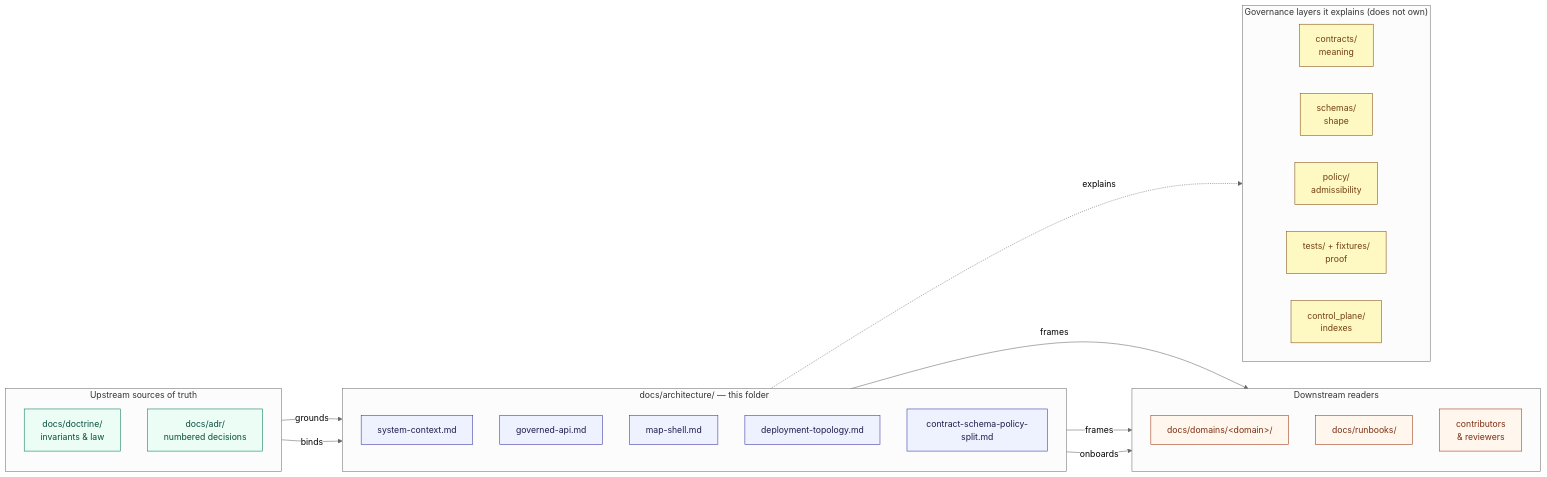
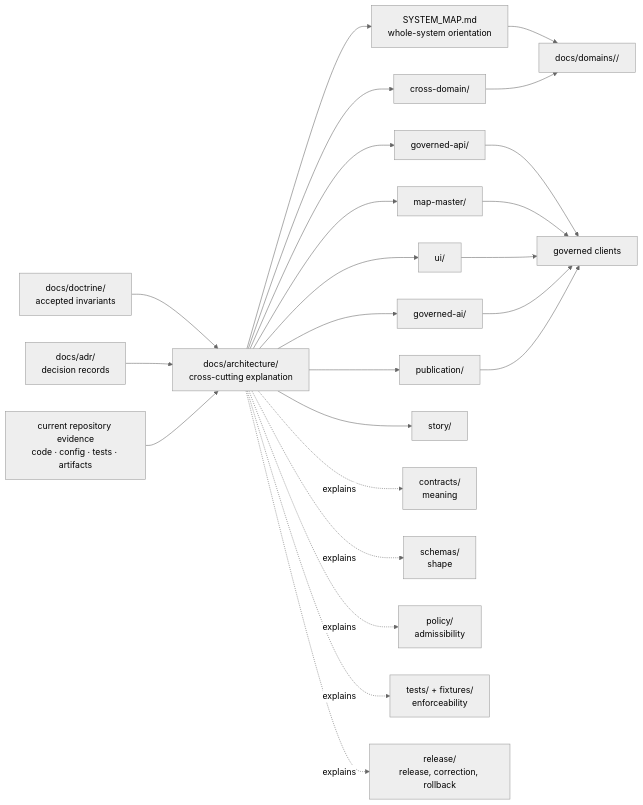
Before and after one commit to bartytime4life/Kansas-Frontier-Matrix: the diagram in docs/architecture/README.md, drawn with Mermaid (neutral theme). The commit also changed other lines of this file, not shown here.

Commit message:
docs(architecture): modernize root navigation for convergence wave 1

````diff
--- a/docs/architecture/README.md
+++ b/docs/architecture/README.md
@@ -189,49 +236,29 @@
 ```mermaid
 flowchart LR
-  subgraph upstream["Upstream sources of truth"]
-    direction TB
-    doctrine["docs/doctrine/<br/>invariants & law"]
-    adr["docs/adr/<br/>numbered decisions"]
-  end
+  D["docs/doctrine/<br/>accepted invariants"] --> A["docs/architecture/<br/>cross-cutting explanation"]
+  R["docs/adr/<br/>decision records"] --> A
+  E["current repository evidence<br/>code · config · tests · artifacts"] --> A
 
-  subgraph here["docs/architecture/ — this folder"]
-    direction TB
-    sc["system-context.md"]
-    gapi["governed-api.md"]
-    msh["map-shell.md"]
-    dt["deployment-topology.md"]
-    csp["contract-schema-policy-split.md"]
-  end
+  A --> S["SYSTEM_MAP.md<br/>whole-system orientation"]
+  A --> C["cross-domain/"]
+  A --> GAI["governed-ai/"]
+  A --> GAPI["governed-api/"]
+  A --> MAP["map-master/"]
+  A --> PUB["publication/"]
+  A --> UI["ui/"]
+  A --> STORY["story/"]
 
-  subgraph downstream["Downstream readers"]
-    direction TB
-    domains["docs/domains/&lt;domain&gt;/"]
-    runbooks["docs/runbooks/"]
-    contributors["contributors<br/>& reviewers"]
-  end
+  A -. explains .-> K["contracts/<br/>meaning"]
+  A -. explains .-> J["schemas/<br/>shape"]
+  A -. explains .-> P["policy/<br/>admissibility"]
+  A -. explains .-> T["tests/ + fixtures/<br/>enforceability"]
+  A -. explains .-> REL["release/<br/>release, correction, rollback"]
 
-  subgraph layers["Governance layers it explains (does not own)"]
-    direction LR
-    contracts["contracts/<br/>meaning"]
-    schemas["schemas/<br/>shape"]
-    policy["policy/<br/>admissibility"]
-    tests["tests/ + fixtures/<br/>proof"]
-    cp["control_plane/<br/>indexes"]
-  end
-
-  doctrine -->|grounds| here
-  adr -->|binds| here
-  here -->|frames| domains
-  here -->|frames| runbooks
-  here -->|onboards| contributors
-  here -.explains.-> layers
-
-  classDef this fill:#eef2ff,stroke:#3730a3,color:#1e1b4b;
-  classDef upstr fill:#ecfdf5,stroke:#047857,color:#064e3b;
-  classDef downstr fill:#fff7ed,stroke:#9a3412,color:#7c2d12;
-  classDef layer fill:#fef9c3,stroke:#854d0e,color:#713f12;
-  class sc,gapi,msh,dt,csp this;
-  class doctrine,adr upstr;
-  class domains,runbooks,contributors downstr;
-  class contracts,schemas,policy,tests,cp layer;
+  S --> DOMAIN["docs/domains/<domain>/"]
+  C --> DOMAIN
+  GAPI --> CLIENT["governed clients"]
+  MAP --> CLIENT
+  UI --> CLIENT
+  GAI --> CLIENT
+  PUB --> CLIENT
 ```
````
